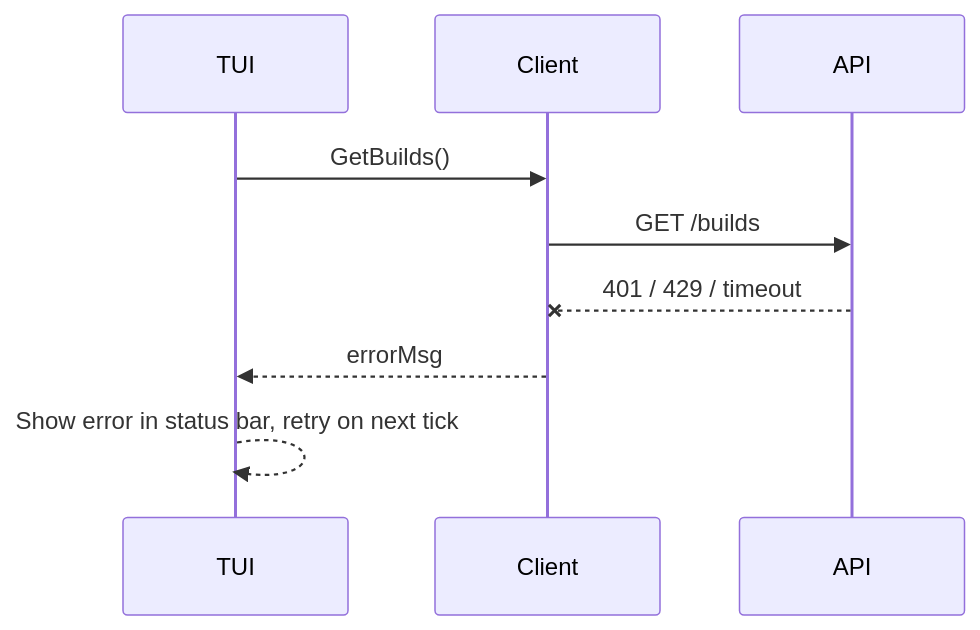
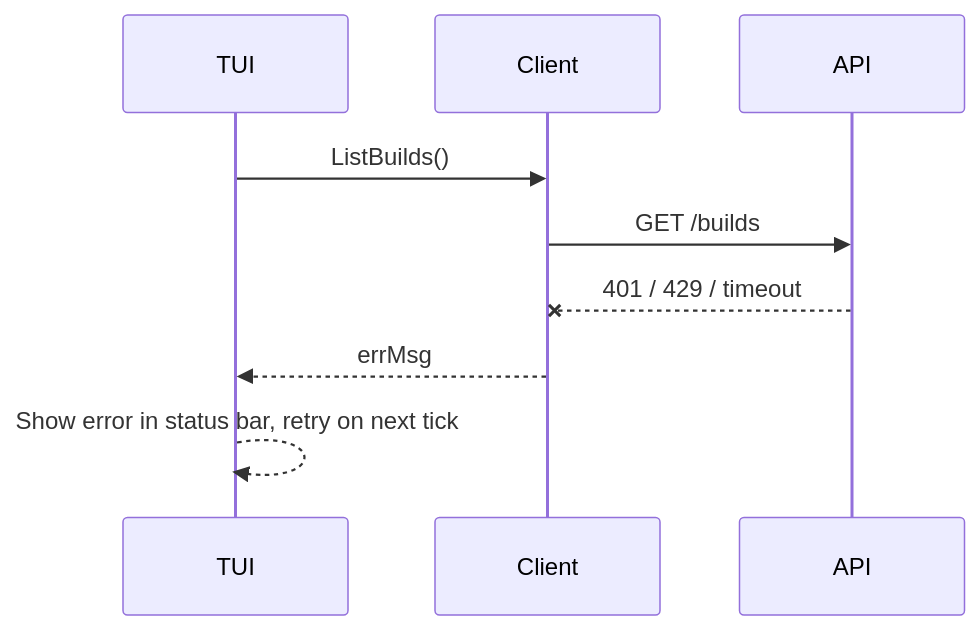
Before and after one commit to alexhraber/builddeck: the second of 2 diagrams in .decapod/generated/specs/ARCHITECTURE.md, drawn with Mermaid. The commit also changed other lines of this file and 4 other files, not shown here.

````diff
--- a/.decapod/generated/specs/ARCHITECTURE.md
+++ b/.decapod/generated/specs/ARCHITECTURE.md
@@ -93,11 +109,11 @@
 ```mermaid
 sequenceDiagram
   participant TUI
   participant Client
   participant API
-  TUI->>Client: GetBuilds()
+  TUI->>Client: ListBuilds()
   Client->>API: GET /builds
   API--xClient: 401 / 429 / timeout
-  Client-->>TUI: errorMsg
+  Client-->>TUI: errMsg
   TUI-->>TUI: Show error in status bar, retry on next tick
 ```
````
